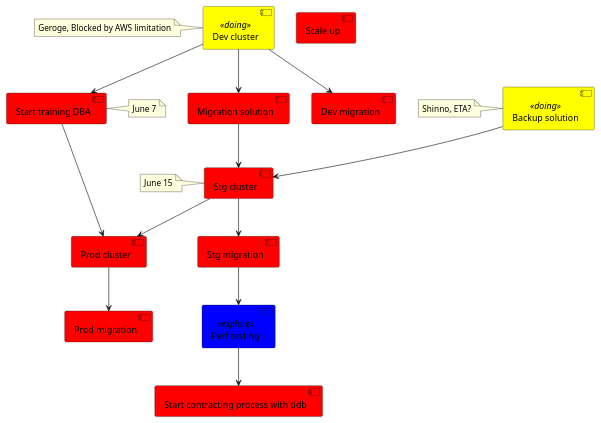
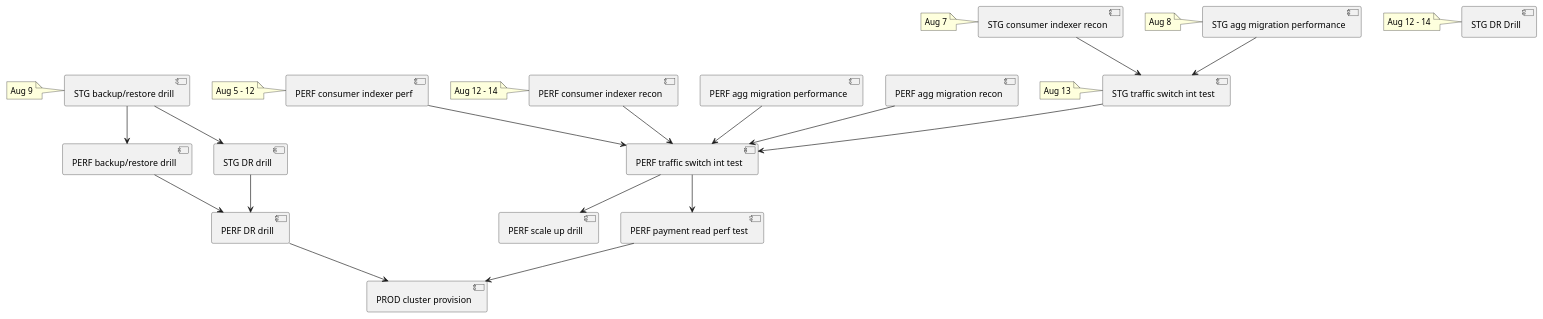
One commit to george24601/notes changed the diagram in pm/plan.plantuml. Above: the diagram before and after it, drawn with PlantUML. The commit also changed other lines of this file and 4 other files, not shown here.

```diff
--- a/pm/plan.plantuml
+++ b/pm/plan.plantuml
@@ -1,29 +1,39 @@
 @startuml
 skinparam component {
 	backgroundColor<<done>> Green
 	backgroundColor<<doing>> Yellow
 	backgroundColor<<explore>> Blue
-	backgroundColor Red
 }
-[Scale up]
-[Dev cluster] <<doing>>
-note left: Geroge, Blocked by AWS limitation
-[Backup solution] <<doing>>
-note left: Shinno, ETA?
-[Start training DBA]
-note right: June 7 
-[Stg cluster]
-note left: June 15
-[Perf testing]<<explore>>
-[Backup solution] --> [Stg cluster]
-[Migration solution] --> [Stg cluster]
-[Dev cluster] --> [Dev migration]
-[Dev cluster] --> [Migration solution]
-[Stg cluster] --> [Prod cluster]
-[Dev cluster] --> [Start training DBA] 
-[Start training DBA] --> [Prod cluster]
-[Stg cluster] --> [Stg migration]
-[Stg migration] --> [Perf testing]
-[Prod cluster] --> [Prod migration]
-[Perf testing] --> [Start contracting process with tidb]
+
+[STG consumer indexer recon]
+note left: Aug 7
+[STG traffic switch int test]
+note left: Aug 13
+[STG agg migration performance]
+note left: Aug 8
+[PERF consumer indexer perf]
+note left: Aug 5 - 12
+[PERF consumer indexer recon]
+note left: Aug 12 - 14
+[STG backup/restore drill]
+note left: Aug 9
+[STG DR Drill]
+note left: Aug 12 - 14
+
+
+[STG consumer indexer recon] --> [STG traffic switch int test] 
+[STG agg migration performance] --> [STG traffic switch int test] 
+[PERF consumer indexer perf] --> [PERF traffic switch int test] 
+[PERF consumer indexer recon] --> [PERF traffic switch int test] 
+[PERF agg migration performance] --> [PERF traffic switch int test] 
+[PERF agg migration recon] --> [PERF traffic switch int test] 
+[STG backup/restore drill] --> [PERF backup/restore drill]
+[PERF backup/restore drill] --> [PERF DR drill]
+[STG backup/restore drill] --> [STG DR drill]
+[STG DR drill] --> [PERF DR drill]
+[PERF traffic switch int test] --> [PERF scale up drill]
+[STG traffic switch int test] --> [PERF traffic switch int test] 
+[PERF traffic switch int test] --> [PERF payment read perf test]
+[PERF DR drill] --> [PROD cluster provision] 
+[PERF payment read perf test] --> [PROD cluster provision]
 @enduml
```
